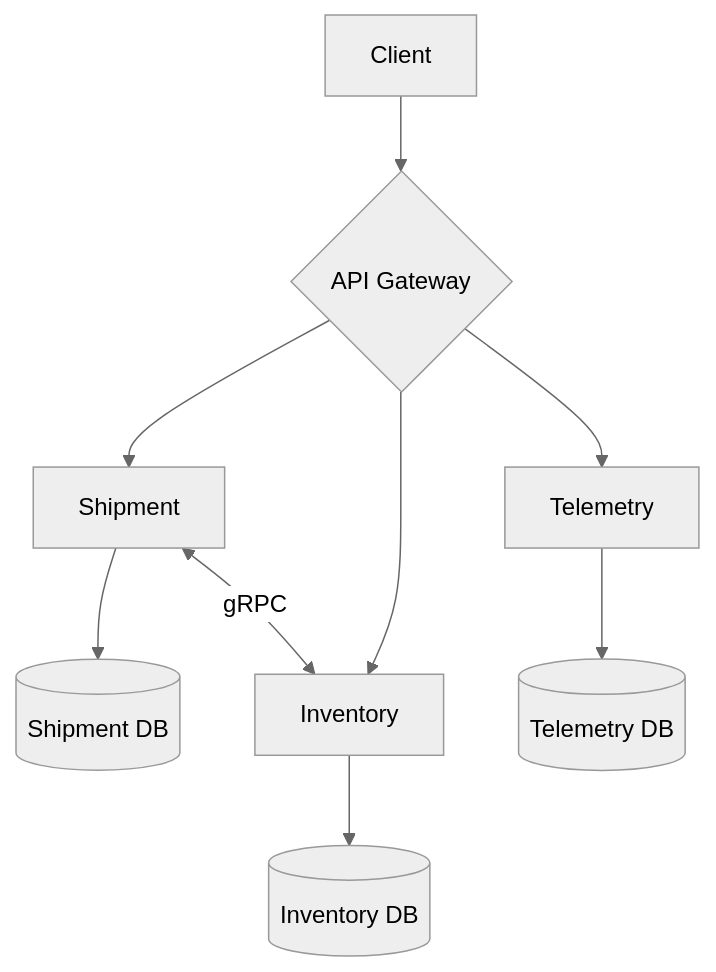
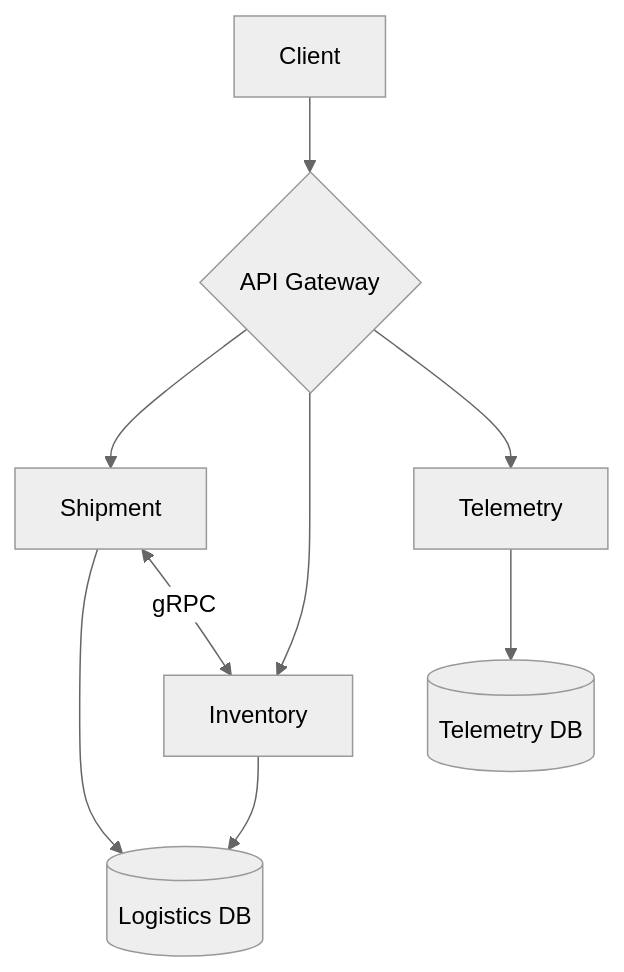
The first of 2 diagrams in ARCHITECTURE.md (BadrChoubai/logistics-microservices), drawn with Mermaid (neutral theme) before and after one commit.

Commit message:
docs: update service topology diagram

````diff
--- a/ARCHITECTURE.md
+++ b/ARCHITECTURE.md
@@ -123,8 +123,8 @@
 ```mermaid
 flowchart TD
     A[Client] --> B{API Gateway}
-    B --> C[Shipment] --> D[(Shipment DB)]
-    B --> E[Inventory] --> F[(Inventory DB)]
+    B --> C[Shipment] --> D[(Logistics DB)]
+    B --> E[Inventory] --> D[(Logistics DB)]
     B --> G[Telemetry] --> H[(Telemetry DB)]
     C <-->|gRPC| E
 ```
````
